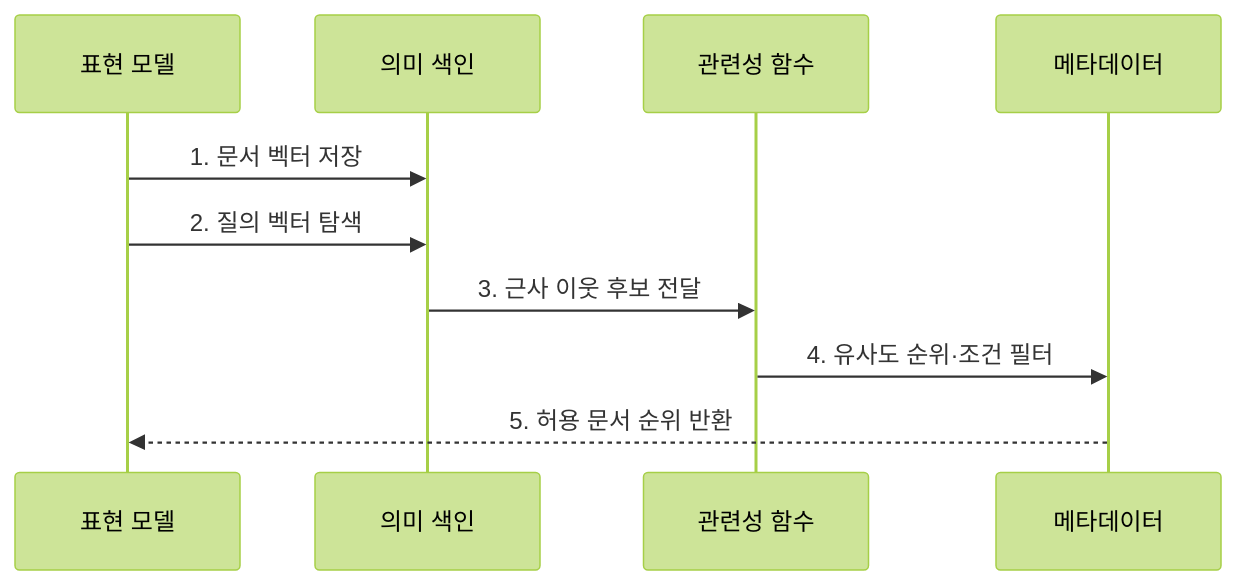
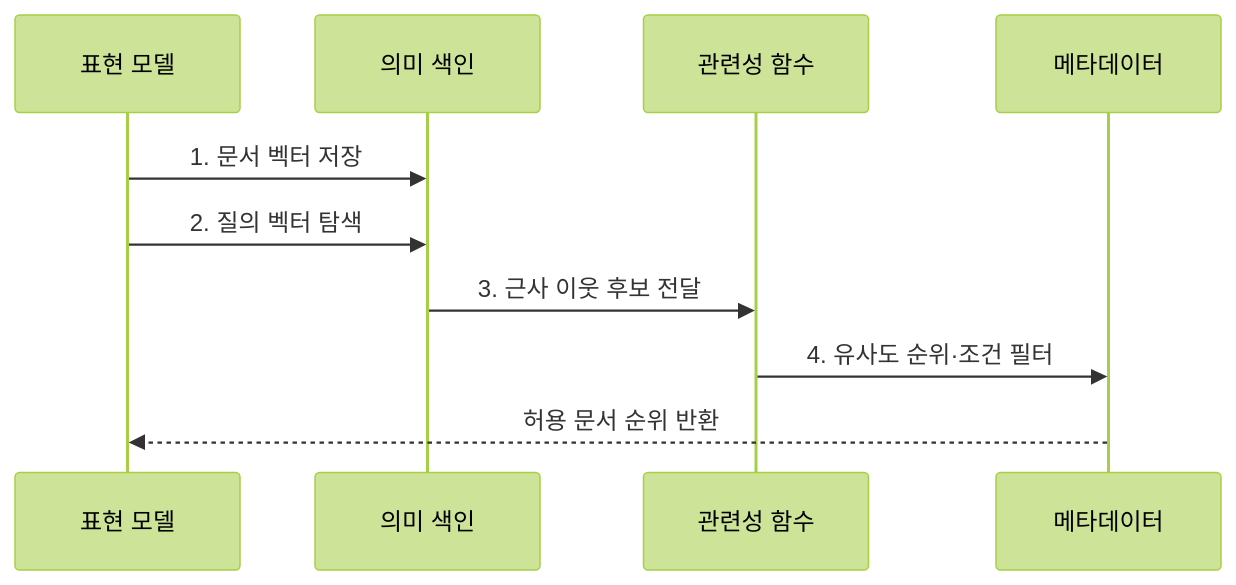
The second of 2 diagrams in src/content/docs/notes/08-latest-tech/074_semantic_search.md (agnusdei1207/knowledge-base), drawn with Mermaid (forest theme) before and after one commit. The commit also changed other lines of this file and 225 other files, not shown here.

````diff
--- a/src/content/docs/notes/08-latest-tech/074_semantic_search.md
+++ b/src/content/docs/notes/08-latest-tech/074_semantic_search.md
@@ -81,12 +82,12 @@
 ```mermaid
 sequenceDiagram
   participant E as 표현 모델
   participant I as 의미 색인
   participant S as 관련성 함수
   participant F as 메타데이터
   E->>I: 1. 문서 벡터 저장
   E->>I: 2. 질의 벡터 탐색
   I->>S: 3. 근사 이웃 후보 전달
   S->>F: 4. 유사도 순위·조건 필터
-  F-->>E: 5. 허용 문서 순위 반환
+  F-->>E: 허용 문서 순위 반환
 ```
````
